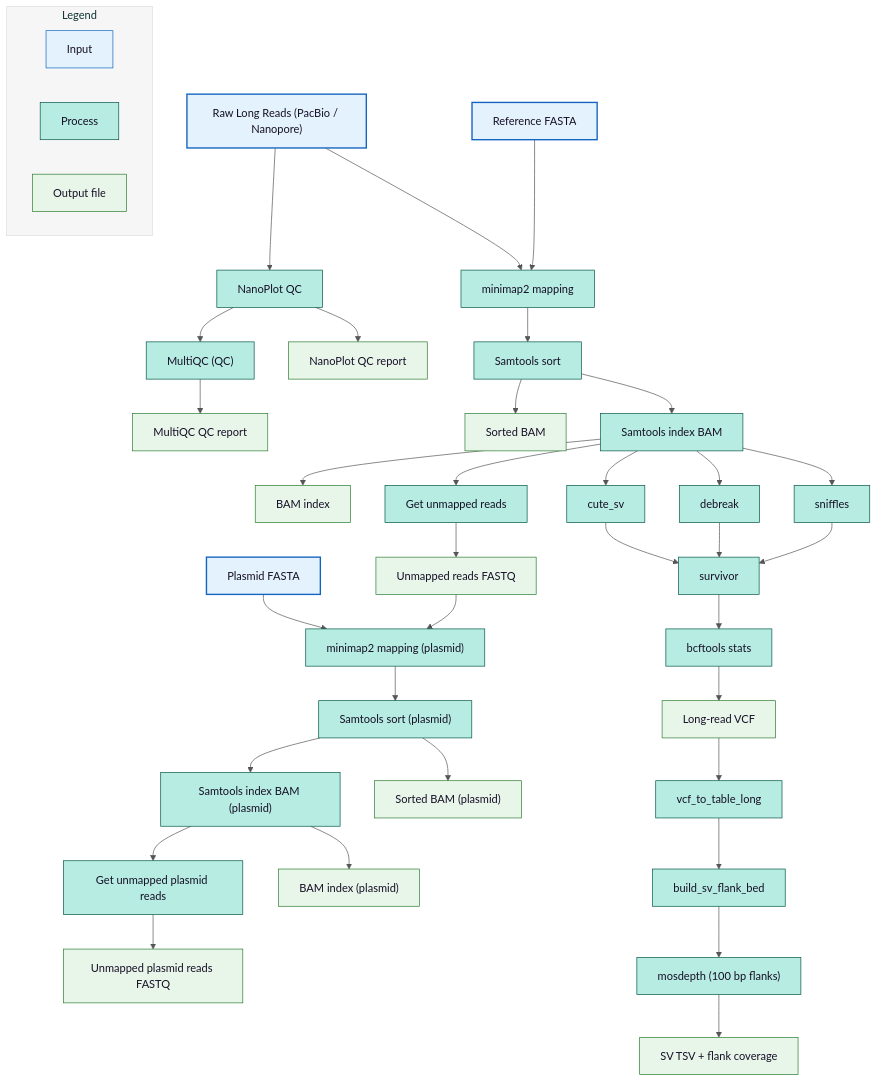
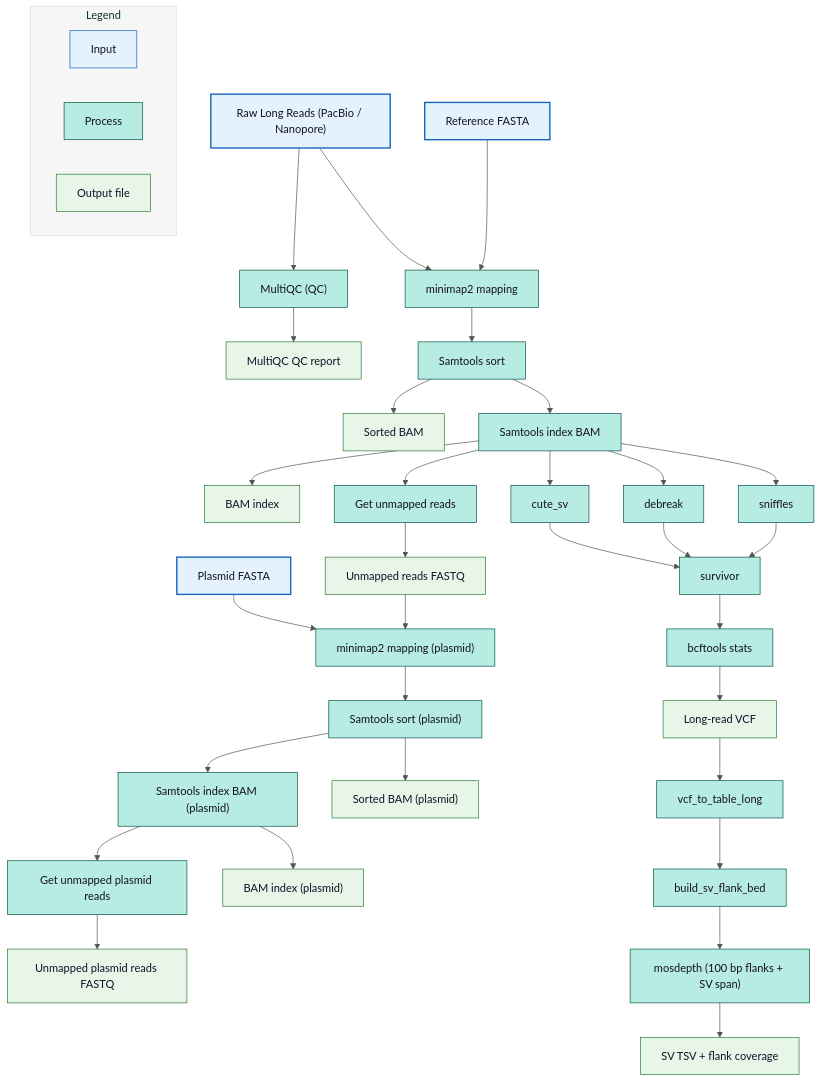
One commit to denisHanch/efsa_pipeline changed the diagram in docs/outputs/long-reads.md. Above: the diagram before and after it, drawn with Mermaid. The commit also changed other lines of this file and 82 other files, not shown here.

```diff
--- a/docs/outputs/long-reads.md
+++ b/docs/outputs/long-reads.md
@@ -29,13 +29,10 @@
 style PLASMID_REF fill:#E3F2FD,stroke:#1565C0,stroke-width:2px
 
 %% ===== QC =====
-NANO_PLOT["NanoPlot QC"]
 MULTIQC_QC["MultiQC (QC)"]
-NANO_PLOT_OUT["NanoPlot QC report"]:::output
 MULTIQC_QC_OUT["MultiQC QC report"]:::output
 
-LONG_READS --> NANO_PLOT --> MULTIQC_QC
-NANO_PLOT --> NANO_PLOT_OUT
+LONG_READS --> MULTIQC_QC
 MULTIQC_QC --> MULTIQC_QC_OUT
 
 %% ===== LONG REF MAPPING PIPELINE =====
@@ -77,7 +74,7 @@
 BCFTOOLS_STATS["bcftools stats"]
 VCF2TABLE_LONG["vcf_to_table_long"]
 BUILD_BED_LONG["build_sv_flank_bed"]
-MOSDEPTH_LONG["mosdepth (100 bp flanks)"]
+MOSDEPTH_LONG["mosdepth (100 bp flanks + SV span)"]
 
 SV_TSV_LONG["SV TSV + flank coverage"]:::output
 LONG_VCF["Long-read VCF"]:::output
```
